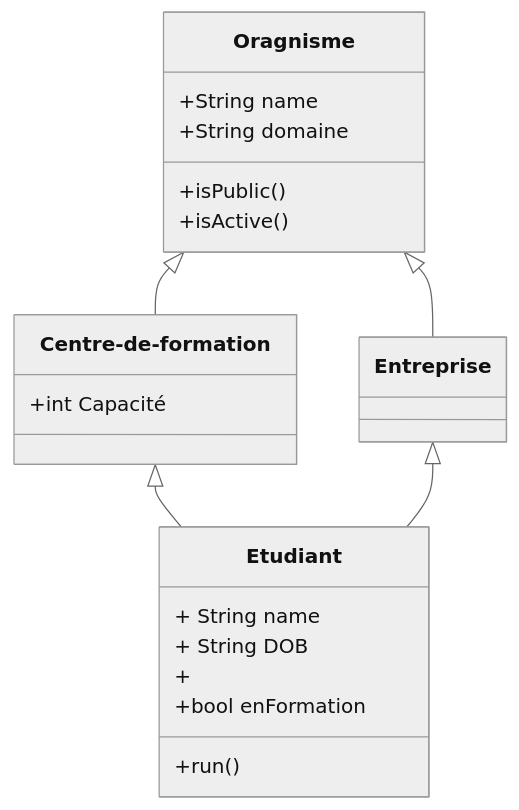
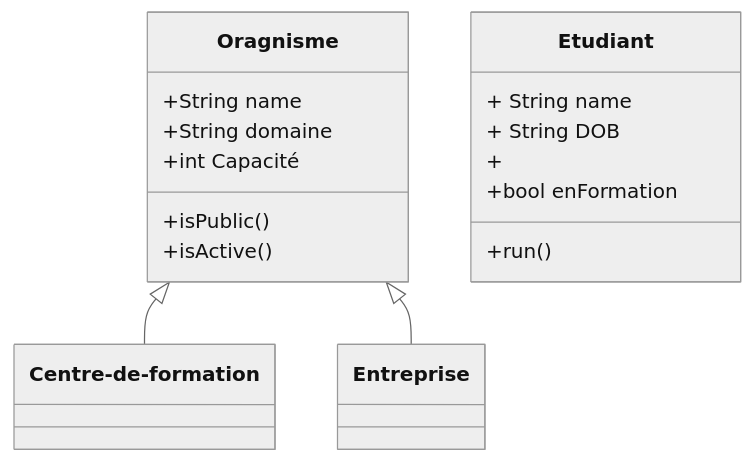
The diagram in acteurslecaotunglam.md (bouzidifatimazohra00-ux/inclusion-numerique-93), drawn with Mermaid (neutral theme) before and after one commit.

Commit message:
Remove Etudiant associations from class diagram
Removed associations between Centre-de-formation, Entreprise, and Etudiant in the class diagram.

````diff
--- a/acteurslecaotunglam.md
+++ b/acteurslecaotunglam.md
@@ -2,27 +2,26 @@
 ```mermaid
 classDiagram
      
     Oragnisme <|-- Centre-de-formation
     Oragnisme <|-- Entreprise
-    Centre-de-formation <|-- Etudiant
-    Entreprise <|-- Etudiant
     class Oragnisme{
         +String name
         +isPublic()
         +isActive()
         +String domaine
+        +int Capacité
     }
     class Centre-de-formation{
-      +int Capacité
+      
     }
     class Entreprise{
     
     }
     class Etudiant{
         + String name
         + String DOB
         + 
       +bool enFormation
       +run()
     }
 ```
````
